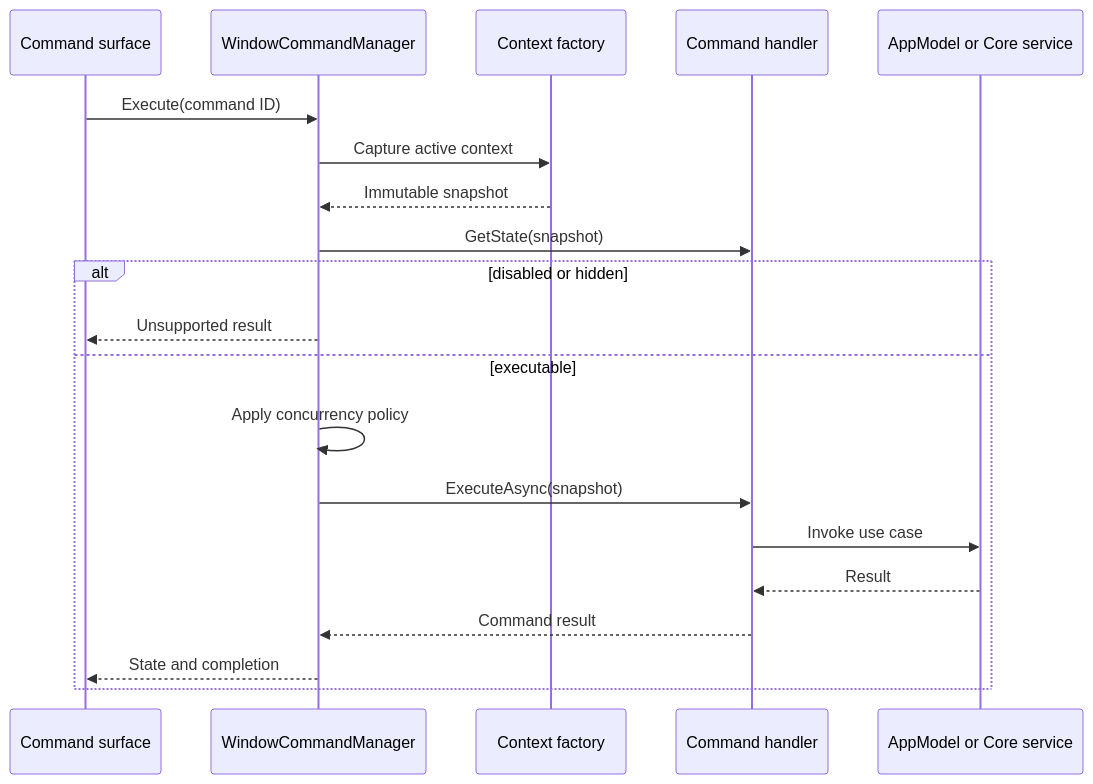
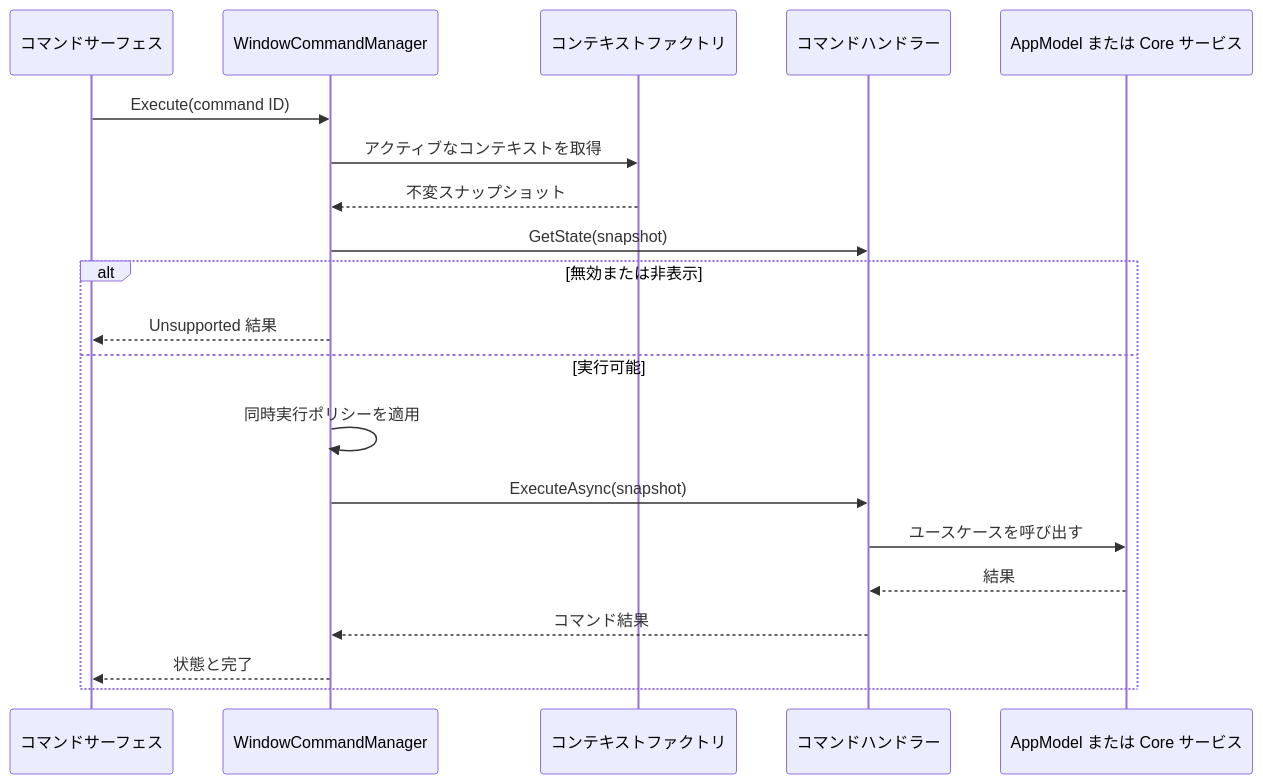
The second of 3 diagrams in docs/architecture/commands.md (0x5bfa/Files), drawn with Mermaid before and after one commit. The commit also changed other lines of this file and 18 other files, not shown here.

Commit message:
Translate architecture docs to Japanese

````diff
--- a/docs/architecture/commands.md
+++ b/docs/architecture/commands.md
@@ -226,23 +205,23 @@
 ```mermaid
 sequenceDiagram
-    participant UI as Command surface
+    participant UI as コマンドサーフェス
     participant Manager as WindowCommandManager
-    participant Context as Context factory
-    participant Handler as Command handler
-    participant Core as AppModel or Core service
+    participant Context as コンテキストファクトリ
+    participant Handler as コマンドハンドラー
+    participant Core as AppModel または Core サービス
 
     UI->>Manager: Execute(command ID)
-    Manager->>Context: Capture active context
-    Context-->>Manager: Immutable snapshot
+    Manager->>Context: アクティブなコンテキストを取得
+    Context-->>Manager: 不変スナップショット
     Manager->>Handler: GetState(snapshot)
-    alt disabled or hidden
-        Manager-->>UI: Unsupported result
-    else executable
-        Manager->>Manager: Apply concurrency policy
+    alt 無効または非表示
+        Manager-->>UI: Unsupported 結果
+    else 実行可能
+        Manager->>Manager: 同時実行ポリシーを適用
         Manager->>Handler: ExecuteAsync(snapshot)
-        Handler->>Core: Invoke use case
-        Core-->>Handler: Result
-        Handler-->>Manager: Command result
-        Manager-->>UI: State and completion
+        Handler->>Core: ユースケースを呼び出す
+        Core-->>Handler: 結果
+        Handler-->>Manager: コマンド結果
+        Manager-->>UI: 状態と完了
     end
 ```
````
